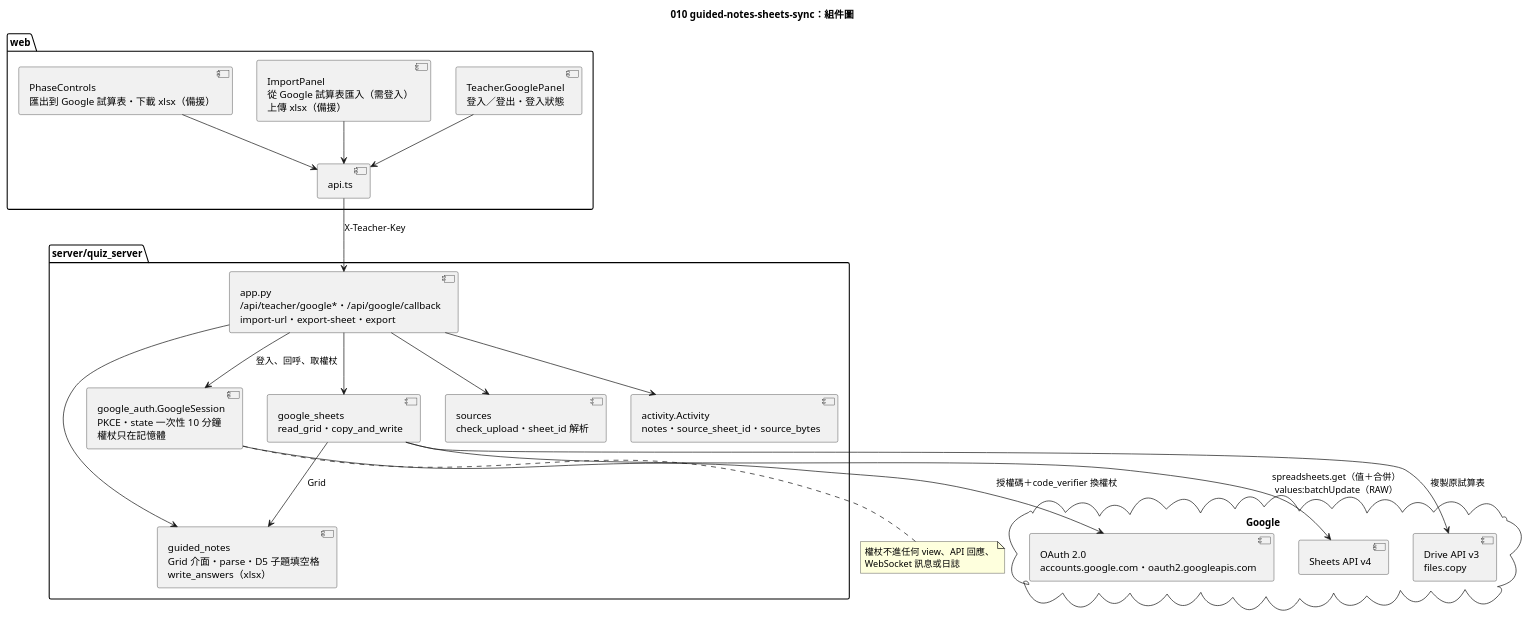
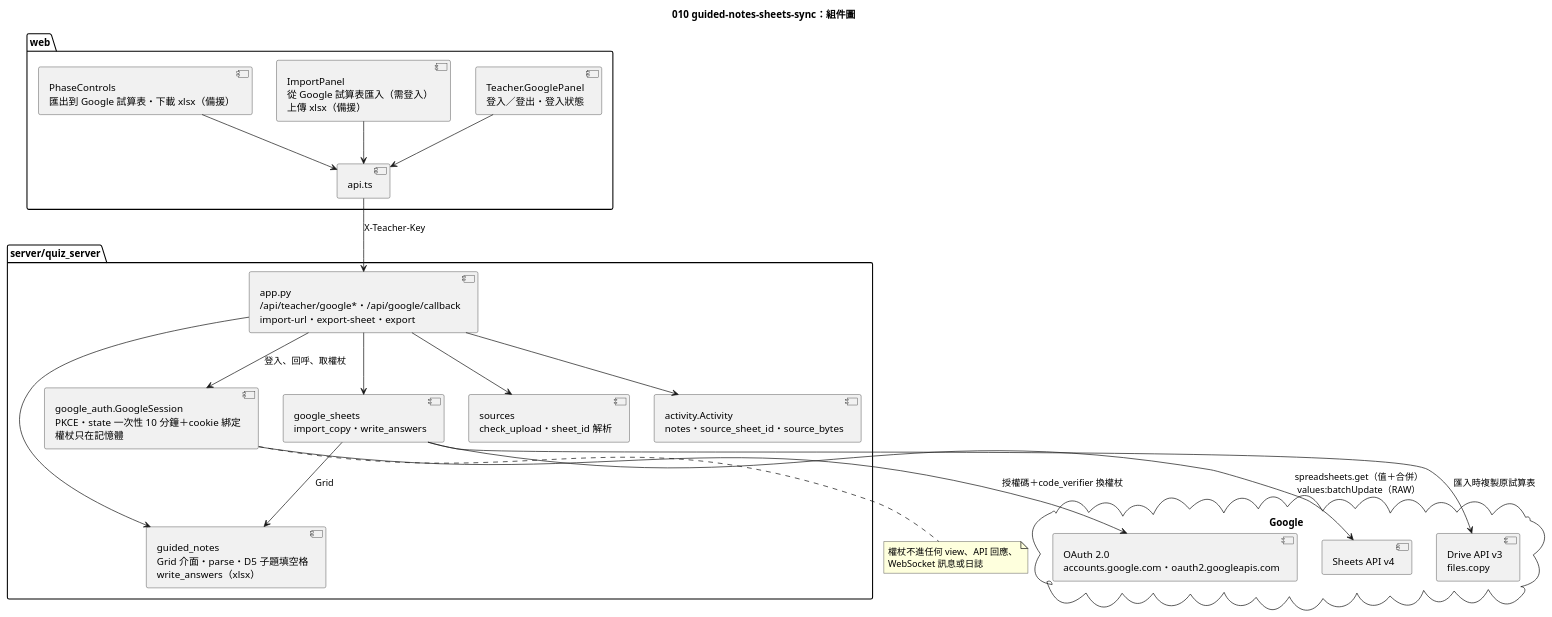
One commit to yue083139/software_fin-speckit changed the diagram in diagrams/010-guided-notes-sheets-sync-component.puml. Above: the diagram before and after it, drawn with PlantUML. The commit also changed 14 other files, not shown here.

```diff
--- a/diagrams/010-guided-notes-sheets-sync-component.puml
+++ b/diagrams/010-guided-notes-sheets-sync-component.puml
@@ -1,43 +1,43 @@
 @startuml 010-guided-notes-sheets-sync-component
 title 010 guided-notes-sheets-sync：組件圖
 
 package "web" {
   [Teacher.GooglePanel\n登入／登出・登入狀態] as GP
   [ImportPanel\n從 Google 試算表匯入（需登入）\n上傳 xlsx（備援）] as IP
   [PhaseControls\n匯出到 Google 試算表・下載 xlsx（備援）] as PC
   [api.ts] as Api
 }
 
 package "server/quiz_server" {
   [app.py\n/api/teacher/google*・/api/google/callback\nimport-url・export-sheet・export] as App
-  [google_auth.GoogleSession\nPKCE・state 一次性 10 分鐘\n權杖只在記憶體] as Auth
-  [google_sheets\nread_grid・copy_and_write] as GS
+  [google_auth.GoogleSession\nPKCE・state 一次性 10 分鐘＋cookie 綁定\n權杖只在記憶體] as Auth
+  [google_sheets\nimport_copy・write_answers] as GS
   [guided_notes\nGrid 介面・parse・D5 子題填空格\nwrite_answers（xlsx）] as Notes
   [sources\ncheck_upload・sheet_id 解析] as Src
   [activity.Activity\nnotes・source_sheet_id・source_bytes] as Act
 }
 
 cloud "Google" {
   [OAuth 2.0\naccounts.google.com・oauth2.googleapis.com] as G_OAuth
   [Sheets API v4] as G_Sheets
   [Drive API v3\nfiles.copy] as G_Drive
 }
 
 GP --> Api
 IP --> Api
 PC --> Api
 Api --> App : X-Teacher-Key
 App --> Auth : 登入、回呼、取權杖
 App --> Src
 App --> GS
 App --> Notes
 App --> Act
 Auth --> G_OAuth : 授權碼＋code_verifier 換權杖
 GS --> G_Sheets : spreadsheets.get（值＋合併）\nvalues:batchUpdate（RAW）
-GS --> G_Drive : 複製原試算表
+GS --> G_Drive : 匯入時複製原試算表
 GS --> Notes : Grid
 note bottom of Auth
   權杖不進任何 view、API 回應、
   WebSocket 訊息或日誌
 end note
 @enduml
```
